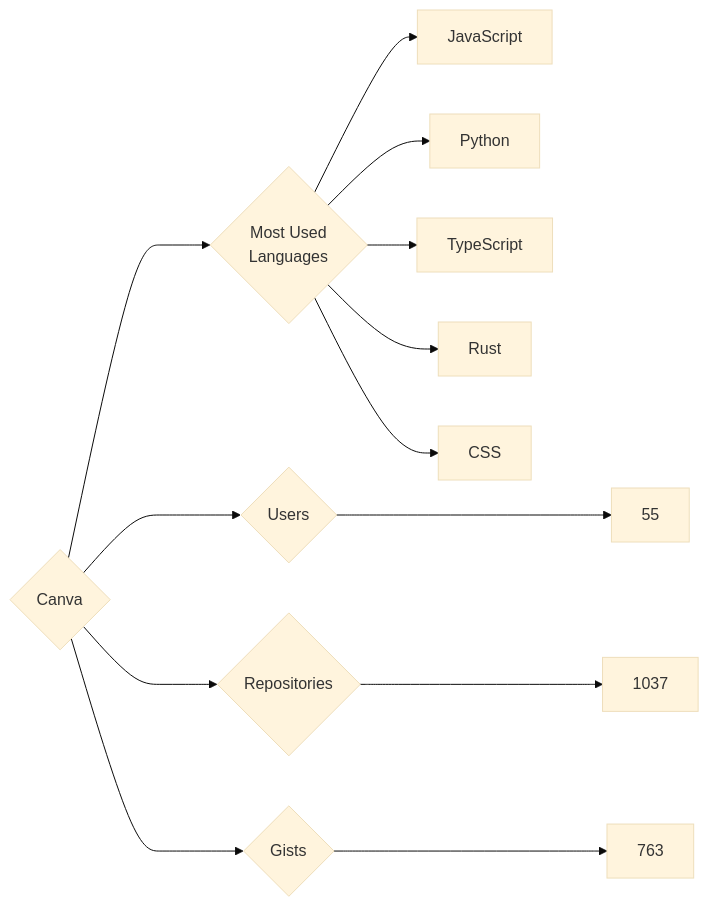
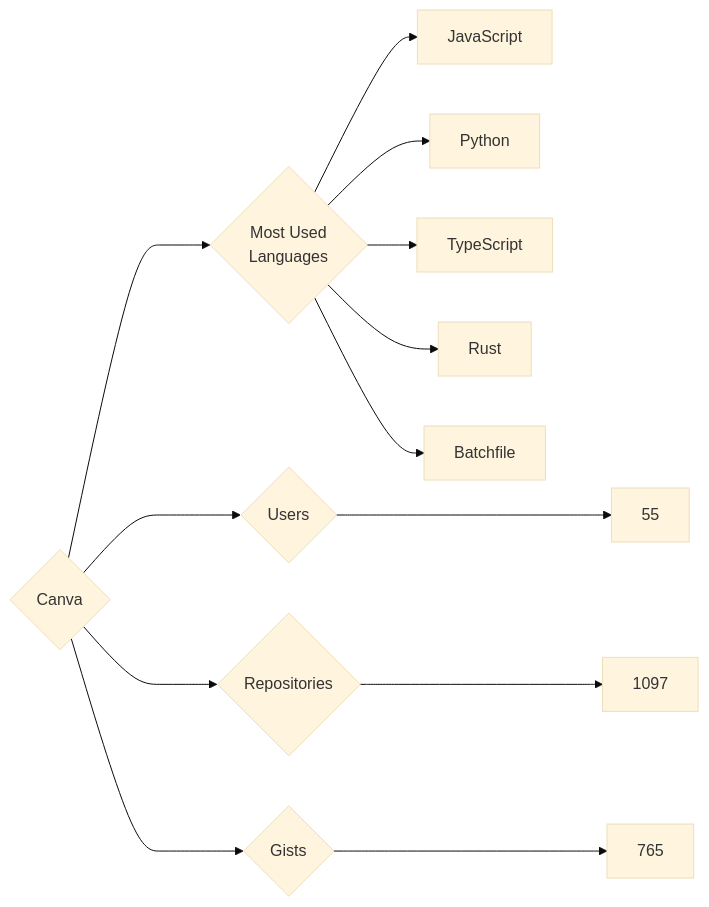
Before and after one commit to trickest/insiders: the diagram in targets/Canva/README.md, drawn with Mermaid (base theme). The commit also changed 845 other files, not shown here.

````diff
--- a/targets/Canva/README.md
+++ b/targets/Canva/README.md
@@ -3,13 +3,13 @@
 ```mermaid
 graph LR
 COMPANY_NAME{Canva}
 COMPANY_NAME ---> U{Users} ---> UN[55]
-COMPANY_NAME ---> R{Repositories} ---> RN[1037]
-COMPANY_NAME ---> G{Gists} ---> GN[763]
+COMPANY_NAME ---> R{Repositories} ---> RN[1097]
+COMPANY_NAME ---> G{Gists} ---> GN[765]
 COMPANY_NAME ---> ML{Most Used<br>Languages}
 ML --> JavaScript[JavaScript]
 ML --> Python[Python]
 ML --> TypeScript[TypeScript]
 ML --> Rust[Rust]
-ML --> CSS[CSS]
+ML --> Batchfile[Batchfile]
 ```
````
